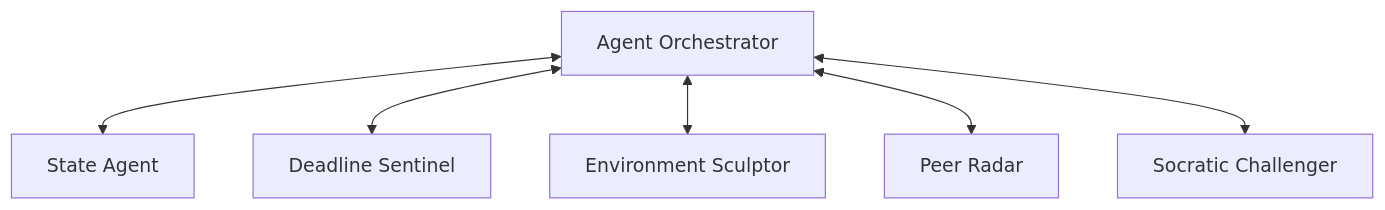
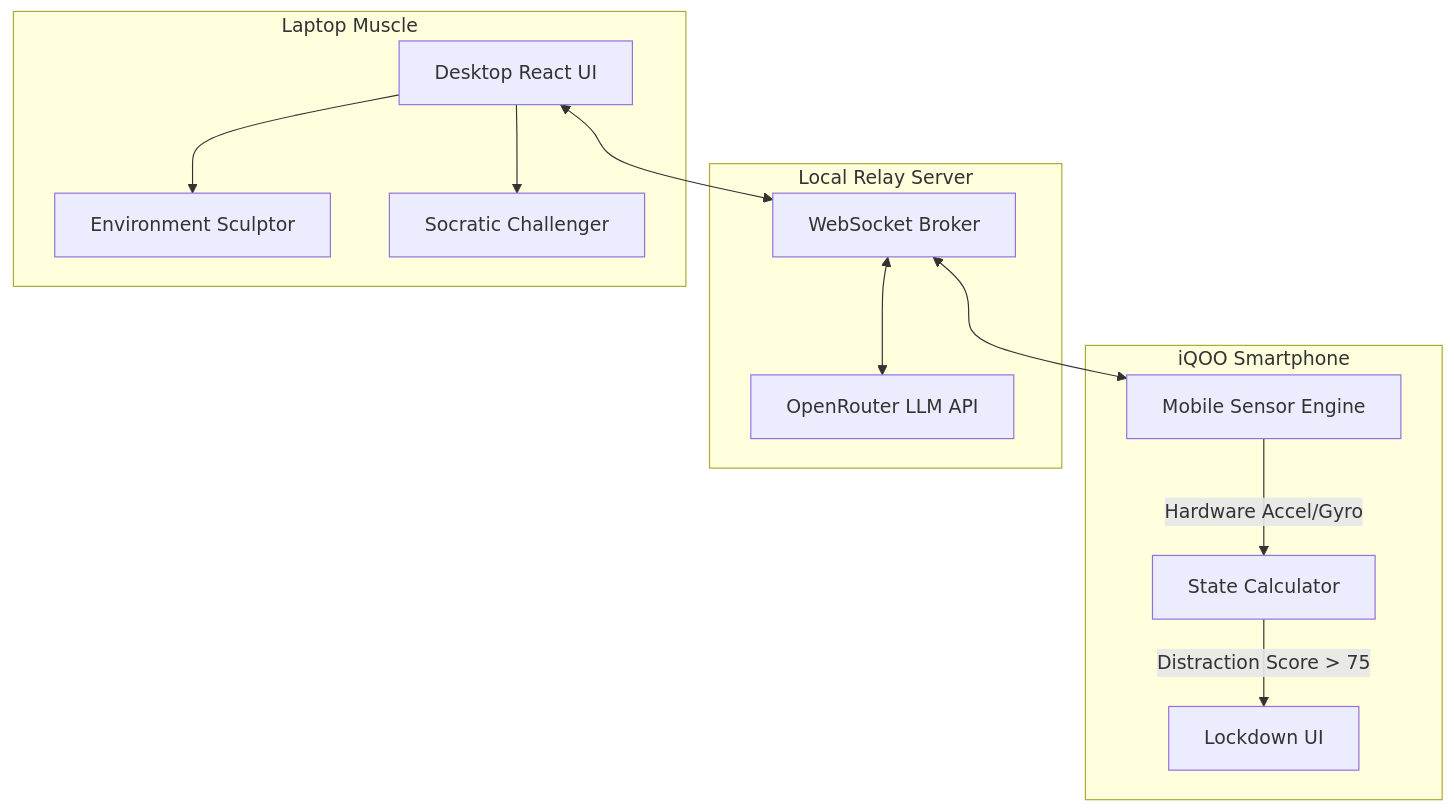
The diagram in README.md (Garvanand/APEX), drawn with Mermaid before and after one commit. The commit also changed other lines of this file and 16 other files, not shown here.

````diff
--- a/README.md
+++ b/README.md
@@ -74,8 +67,18 @@
 ```mermaid
 graph TD
-    ORCH[Agent Orchestrator] <--> AG1[State Agent]
-    ORCH <--> AG2[Deadline Sentinel]
-    ORCH <--> AG3[Environment Sculptor]
-    ORCH <--> AG4[Peer Radar]
-    ORCH <--> AG5[Socratic Challenger]
+    subgraph iQOO Smartphone
+    M[Mobile Sensor Engine] -->|Hardware Accel/Gyro| S[State Calculator]
+    S -->|Distraction Score > 75| L[Lockdown UI]
+    end
+    
+    subgraph Local Relay Server
+    WS[WebSocket Broker] <--> M
+    WS <--> OR[OpenRouter LLM API]
+    end
+    
+    subgraph Laptop Muscle
+    D[Desktop React UI] <--> WS
+    D --> E[Environment Sculptor]
+    D --> SC[Socratic Challenger]
+    end
 ```
````
